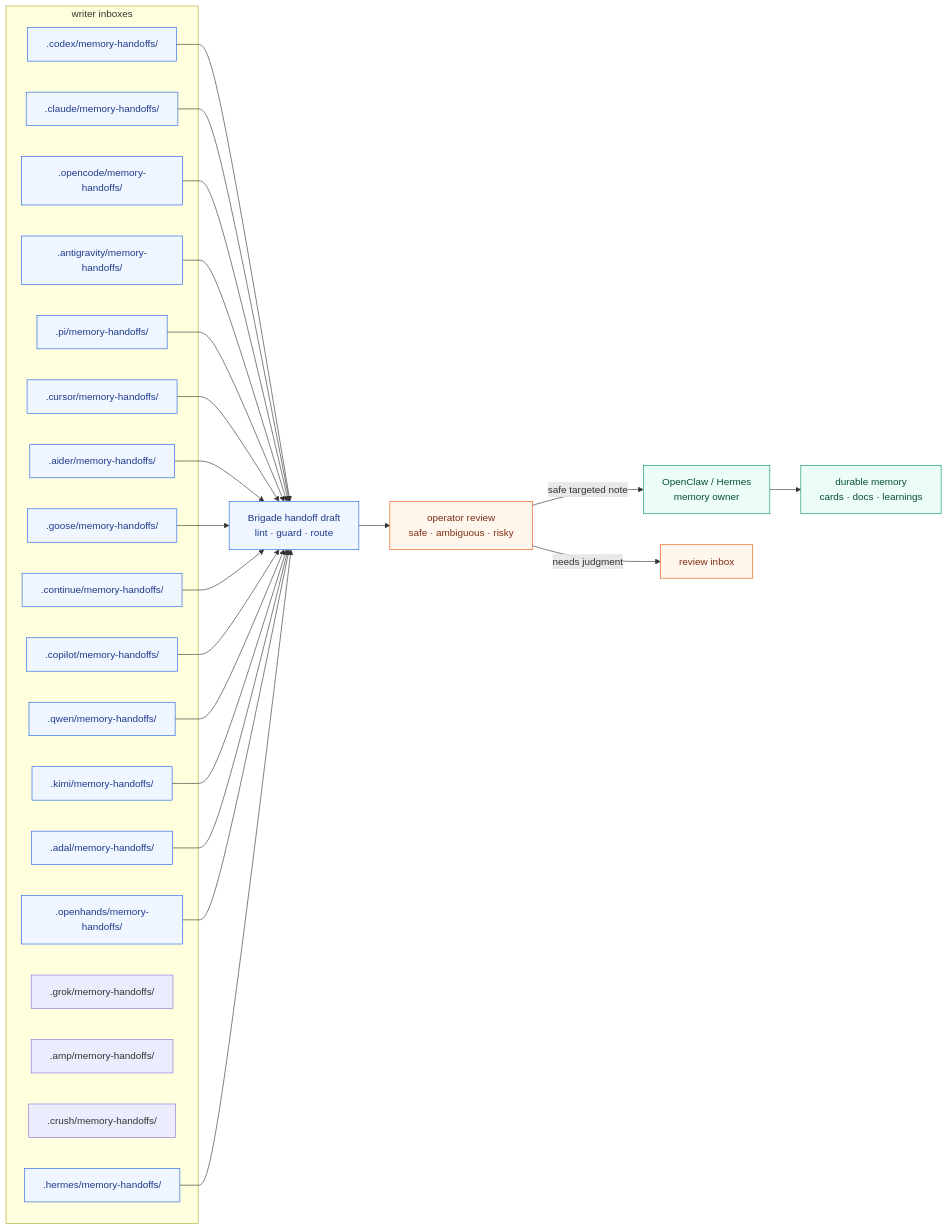
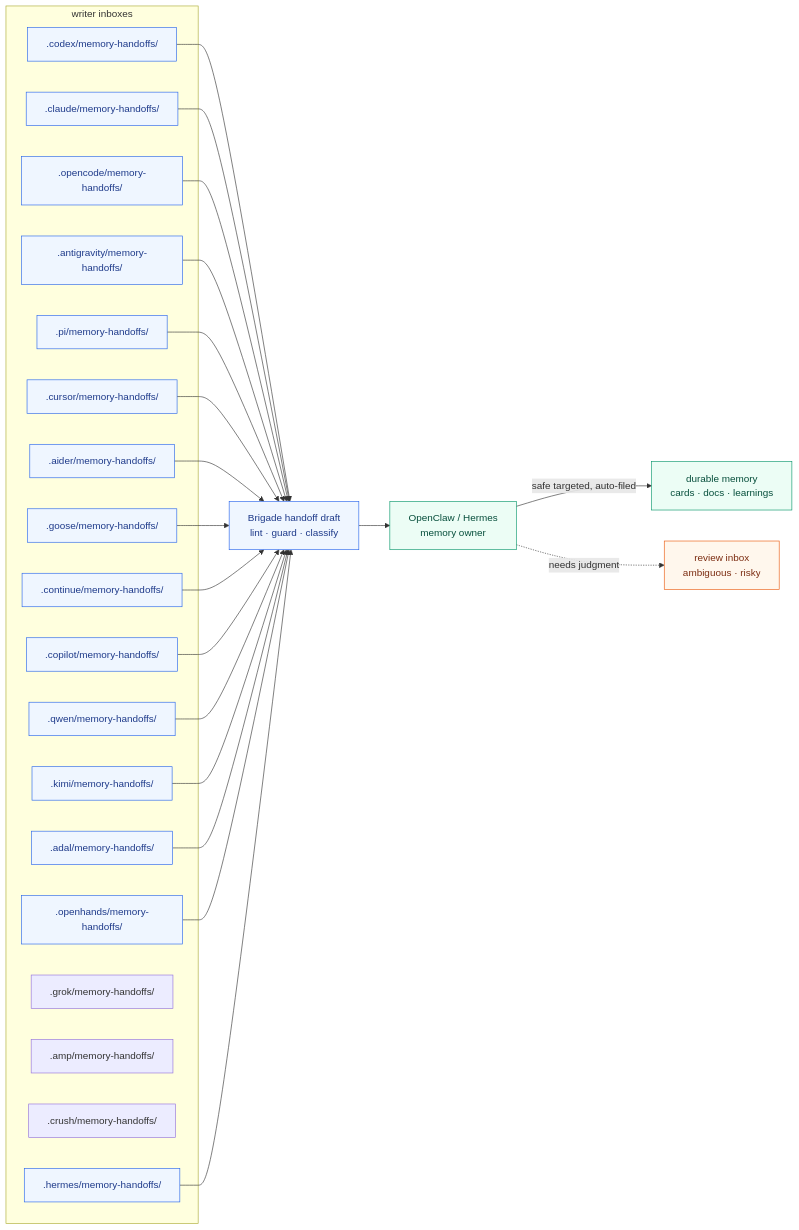
Before and after one commit to escoffier-labs/brigade: the second of 13 diagrams in docs/overview.md, drawn with Mermaid. The commit also changed other lines of this file and 4 other files, not shown here.

First line of the commit message:
docs: reframe memory promotion as auto-first, not human-in-review

````diff
--- a/docs/overview.md
+++ b/docs/overview.md
@@ -165,39 +165,39 @@
 ```mermaid
 flowchart LR
     subgraph WRITERS [" writer inboxes "]
         C[".codex/memory-handoffs/"]
         CL[".claude/memory-handoffs/"]
         O[".opencode/memory-handoffs/"]
         A[".antigravity/memory-handoffs/"]
         P[".pi/memory-handoffs/"]
         CU[".cursor/memory-handoffs/"]
         AI[".aider/memory-handoffs/"]
         G[".goose/memory-handoffs/"]
         CO[".continue/memory-handoffs/"]
         GH[".copilot/memory-handoffs/"]
         Q[".qwen/memory-handoffs/"]
         K[".kimi/memory-handoffs/"]
         AD[".adal/memory-handoffs/"]
         OH[".openhands/memory-handoffs/"]
         GR[".grok/memory-handoffs/"]
         AM[".amp/memory-handoffs/"]
         CR[".crush/memory-handoffs/"]
         H[".hermes/memory-handoffs/"]
     end
 
-    DRAFT["Brigade handoff draft<br/>lint · guard · route"]
-    REVIEW["operator review<br/>safe · ambiguous · risky"]
+    DRAFT["Brigade handoff draft<br/>lint · guard · classify"]
     OWNER["OpenClaw / Hermes<br/>memory owner"]
     MEM["durable memory<br/>cards · docs · learnings"]
+    INBOX["review inbox<br/>ambiguous · risky"]
 
-    C & CL & O & A & P & CU & AI & G & CO & GH & Q & K & AD & OH & H --> DRAFT --> REVIEW
-    REVIEW -->|safe targeted note| OWNER --> MEM
-    REVIEW -->|needs judgment| INBOX["review inbox"]
+    C & CL & O & A & P & CU & AI & G & CO & GH & Q & K & AD & OH & H --> DRAFT --> OWNER
+    OWNER -->|safe targeted, auto-filed| MEM
+    OWNER -.->|needs judgment| INBOX
 
     classDef local fill:#eff6ff,stroke:#2563eb,color:#1e3a8a;
     classDef review fill:#fff7ed,stroke:#ea580c,color:#7c2d12;
     classDef memory fill:#ecfdf5,stroke:#059669,color:#064e3b;
     class C,CL,O,A,P,CU,AI,G,CO,GH,Q,K,AD,OH,H,DRAFT local;
-    class REVIEW,INBOX review;
+    class INBOX review;
     class OWNER,MEM memory;
 ```
````
